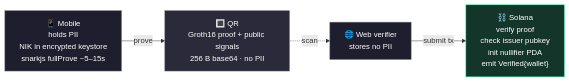
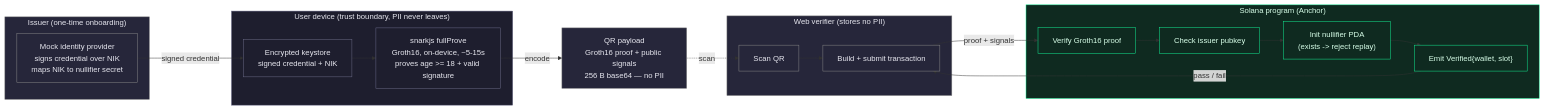
Before and after one commit to KageHQ/.github: the diagram in profile/README.md, drawn with Mermaid.

Commit message:
Enrich mermaid diagram, drop emojis

````diff
--- a/profile/README.md
+++ b/profile/README.md
@@ -40,16 +40,41 @@
 ```mermaid
 flowchart LR
-    M["📱 Mobile<br/>holds PII<br/>NIK in encrypted keystore<br/>snarkjs fullProve ~5–15s"]
-    Q["🔳 QR<br/>Groth16 proof + public signals<br/>256 B base64 · no PII"]
-    W["🌐 Web verifier<br/>stores no PII"]
-    S["⛓️ Solana<br/>verify proof<br/>check issuer pubkey<br/>init nullifier PDA<br/>emit Verified{wallet}"]
+    subgraph issuer["Issuer (one-time onboarding)"]
+        ISS["Mock identity provider<br/>signs credential over NIK<br/>maps NIK to nullifier secret"]
+    end
 
-    M -->|prove| Q
-    Q -.->|scan| W
-    W -->|submit tx| S
+    subgraph device["User device (trust boundary, PII never leaves)"]
+        KS["Encrypted keystore<br/>signed credential + NIK"]
+        PR["snarkjs fullProve<br/>Groth16, on-device, ~5-15s<br/>proves age >= 18 + valid signature"]
+        KS --> PR
+    end
 
-    style M fill:#1e1e2e,stroke:#888,color:#fff
-    style Q fill:#2a2a3a,stroke:#888,color:#fff
-    style W fill:#1e1e2e,stroke:#888,color:#fff
-    style S fill:#14352a,stroke:#14F195,color:#fff
+    QR["QR payload<br/>Groth16 proof + public signals<br/>256 B base64 — no PII"]
+
+    subgraph verifier["Web verifier (stores no PII)"]
+        SCAN["Scan QR"]
+        TX["Build + submit transaction"]
+        SCAN --> TX
+    end
+
+    subgraph chain["Solana program (Anchor)"]
+        V["Verify Groth16 proof"]
+        IK["Check issuer pubkey"]
+        NUL["Init nullifier PDA<br/>(exists -> reject replay)"]
+        EV["Emit Verified{wallet, slot}"]
+        V --> IK --> NUL --> EV
+    end
+
+    ISS -->|signed credential| KS
+    PR -->|encode| QR
+    QR -.->|scan| SCAN
+    TX -->|proof + signals| V
+    EV -->|pass / fail| TX
+
+    classDef trust fill:#1e1e2e,stroke:#6c6c8a,color:#e8e8f0;
+    classDef onchain fill:#0f2a20,stroke:#14F195,color:#d8ffe9;
+    classDef neutral fill:#26263a,stroke:#888,color:#e8e8f0;
+    class device,KS,PR trust;
+    class chain,V,IK,NUL,EV onchain;
+    class issuer,ISS,verifier,SCAN,TX,QR neutral;
 ```
````
